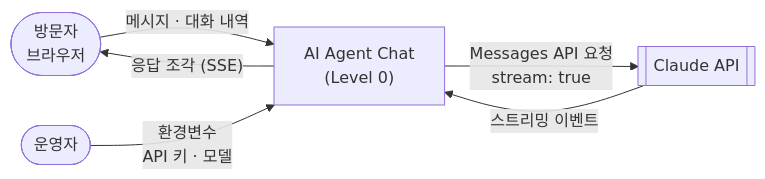
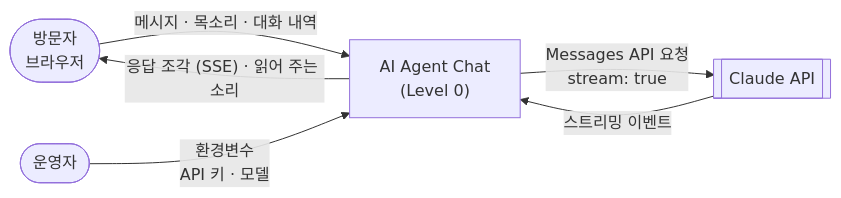
Before and after one commit to kimtaesung98/ai-agent-chat-demo: the diagram in README.md, drawn with Mermaid. The commit also changed other lines of this file and 39 other files, not shown here.

````diff
--- a/README.md
+++ b/README.md
@@ -47,8 +47,8 @@
 ```mermaid
 flowchart LR
-    User([방문자<br>브라우저]) -->|"메시지 · 대화 내역"| System["AI Agent Chat<br>(Level 0)"]
-    System -->|"응답 조각 (SSE)"| User
+    User([방문자<br>브라우저]) -->|"메시지 · 목소리 · 대화 내역"| System["AI Agent Chat<br>(Level 0)"]
+    System -->|"응답 조각 (SSE) · 읽어 주는 소리"| User
     Operator([운영자]) -->|"환경변수<br>API 키 · 모델"| System
     System -->|"Messages API 요청<br>stream: true"| Claude[[Claude API]]
     Claude -->|"스트리밍 이벤트"| System
 ```
````
